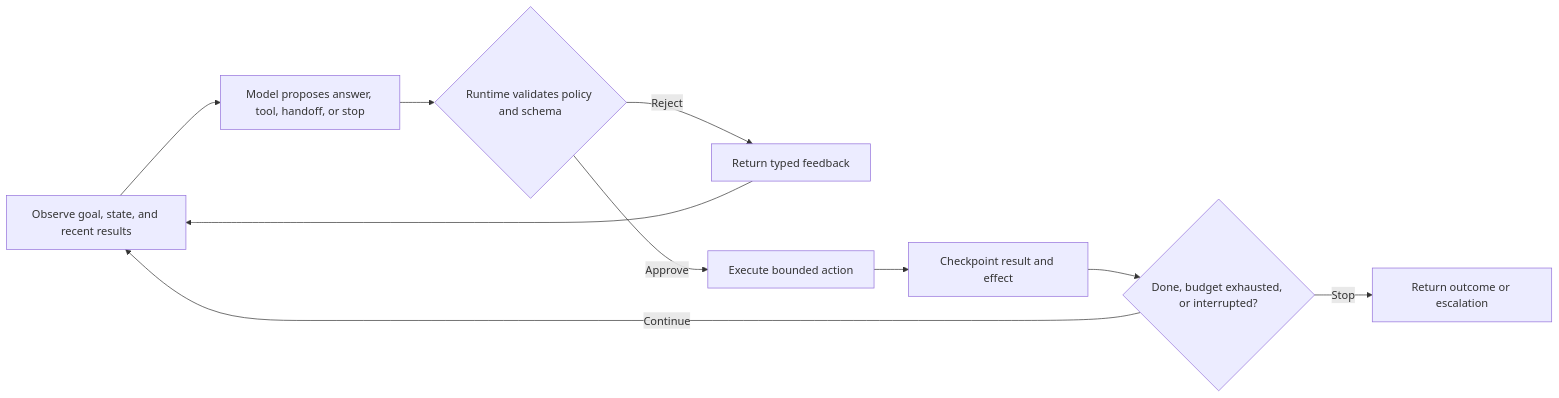
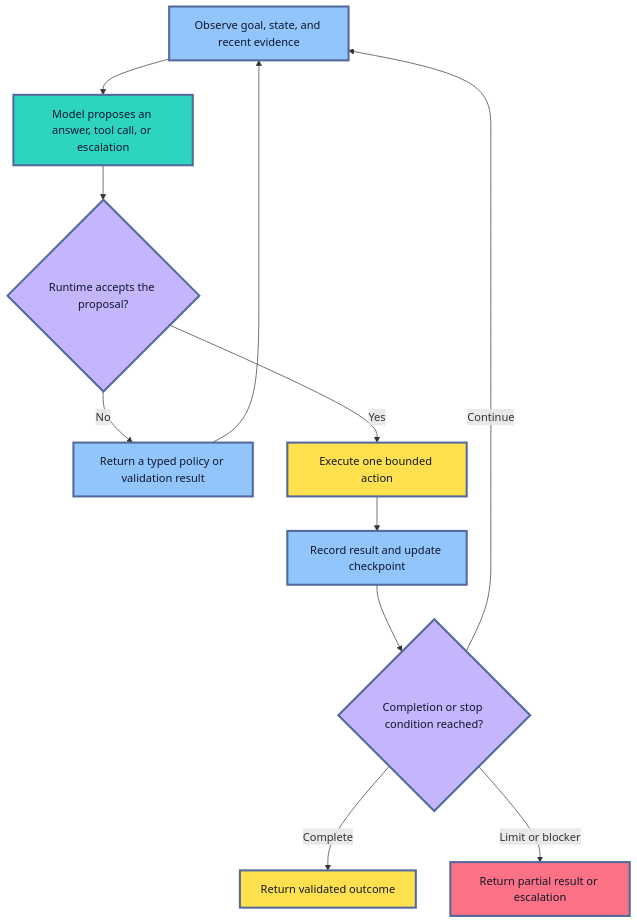
The fourth of 13 diagrams in roadmaps/mlops/modules/llmops/llm-app-foundations/03-workflows-and-agents.md (senlinyy/dev-roadmaps), drawn with Mermaid before and after one commit. The commit also changed other lines of this file and 198 other files, not shown here.

````diff
--- a/roadmaps/mlops/modules/llmops/llm-app-foundations/03-workflows-and-agents.md
+++ b/roadmaps/mlops/modules/llmops/llm-app-foundations/03-workflows-and-agents.md
@@ -77,12 +184,24 @@
 ```mermaid
-flowchart LR
-    O["Observe goal, state, and recent results"] --> M["Model proposes answer, tool, handoff, or stop"]
-    M --> V{"Runtime validates policy and schema"}
-    V -->|Reject| F["Return typed feedback"]
-    F --> O
-    V -->|Approve| X["Execute bounded action"]
-    X --> C["Checkpoint result and effect"]
-    C --> D{"Done, budget exhausted, or interrupted?"}
-    D -->|Continue| O
-    D -->|Stop| R["Return outcome or escalation"]
+flowchart TD
+    A["Observe goal, state, and recent evidence"] --> B["Model proposes an answer, tool call, or escalation"]
+    B --> C{"Runtime accepts the proposal?"}
+    C -->|"No"| D["Return a typed policy or validation result"]
+    D --> A
+    C -->|"Yes"| E["Execute one bounded action"]
+    E --> F["Record result and update checkpoint"]
+    F --> G{"Completion or stop condition reached?"}
+    G -->|"Continue"| A
+    G -->|"Complete"| H["Return validated outcome"]
+    G -->|"Limit or blocker"| I["Return partial result or escalation"]
+
+    classDef observe fill:#93C5FD,stroke:#536A9A,stroke-width:3px,color:#0F172A
+    classDef model fill:#2DD4BF,stroke:#536A9A,stroke-width:3px,color:#0F172A
+    classDef gate fill:#C4B5FD,stroke:#536A9A,stroke-width:3px,color:#0F172A
+    classDef action fill:#FFE04F,stroke:#536A9A,stroke-width:3px,color:#111827
+    classDef stop fill:#FB7185,stroke:#536A9A,stroke-width:3px,color:#111827
+    class A,D,F observe
+    class B model
+    class C,G gate
+    class E,H action
+    class I stop
 ```
````
